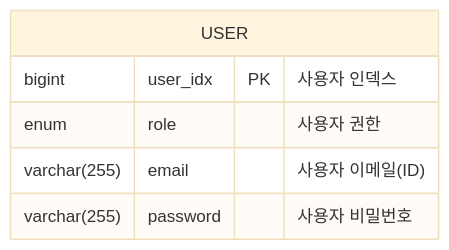
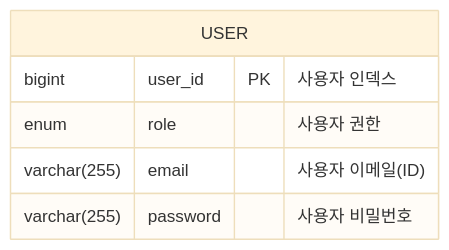
One commit to kea-dpang/auth-server changed the diagram in README.md. Above: the diagram before and after it, drawn with Mermaid (base theme). The commit also changed 3 other files, not shown here.

Commit message:
Chore: 변수명 변경 (userIdx -> id)

````diff
--- a/README.md
+++ b/README.md
@@ -17,10 +17,10 @@
 ```mermaid
 erDiagram
     USER {
-        bigint user_idx PK "사용자 인덱스"
+        bigint user_id PK "사용자 인덱스"
         enum role "사용자 권한"
         varchar(255) email "사용자 이메일(ID)"
         varchar(255) password "사용자 비밀번호"
     }
 
 ```
````
